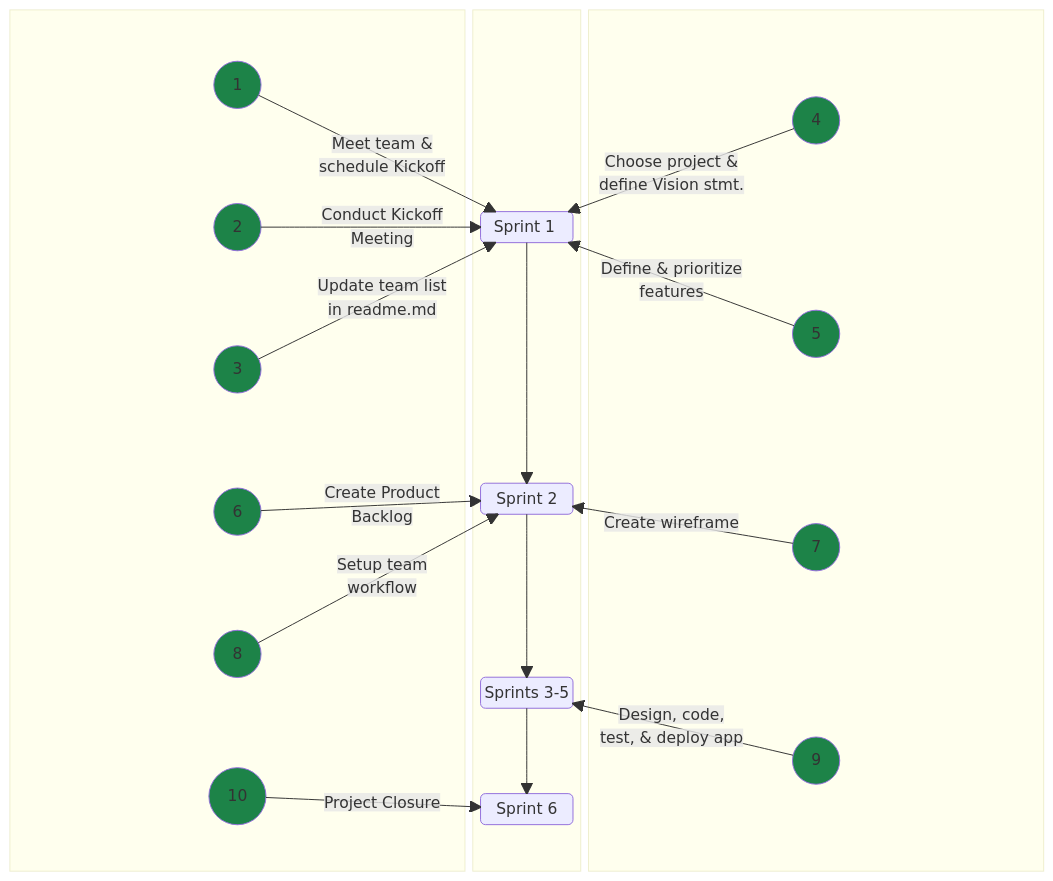
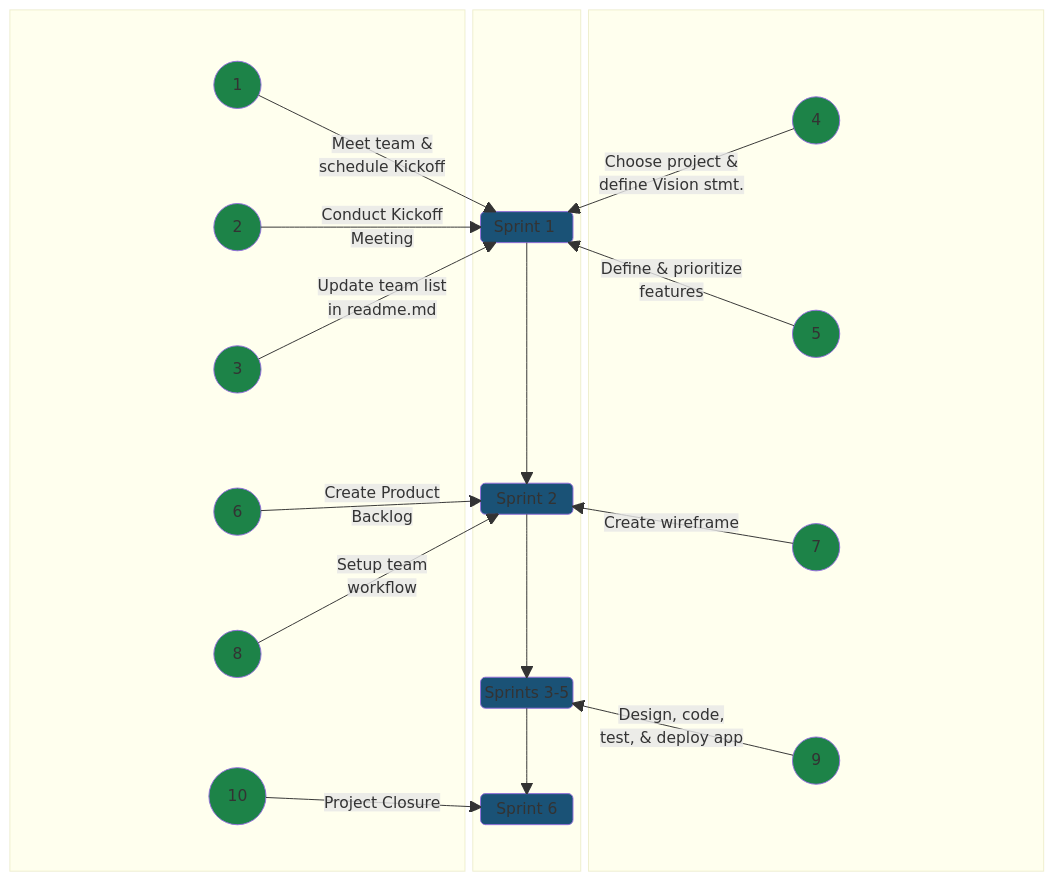
One commit to jdmedlock/mermaid_testing changed the diagram in README.md. Above: the diagram before and after it, drawn with Mermaid.

Commit message:
Feature: Recreate linear sprint diagram

````diff
--- a/README.md
+++ b/README.md
@@ -4,74 +4,77 @@
 ```mermaid
   block-beta
     columns 9
     block:LEFT:4
       columns 1
       A1(("&nbsp;&nbsp; 1 &nbsp;&nbsp;"))
       A2(("&nbsp;&nbsp; 2 &nbsp;&nbsp;"))
       A3(("&nbsp;&nbsp; 3 &nbsp;&nbsp;"))
       A6(("&nbsp;&nbsp; 6 &nbsp;&nbsp;"))
       A8(("&nbsp;&nbsp; 8 &nbsp;&nbsp;"))
       A10(("&nbsp;&nbsp; 10 &nbsp;&nbsp;"))
     end
     
     block:CENTER:1
       columns 1
       space
       space
       space
       space
       space
       SPRINT1("Sprint 1&nbsp;")
       space
       space
       space
       space
       space
       space
       SPRINT2("Sprint 2")
       space
       space
       space
       space
       SPRINT35("Sprints 3-5")
       space
       space
       SPRINT6("Sprint 6")
       space
     end
     
     block:RIGHT:4
       columns 1
       A4(("&nbsp;&nbsp; 4 &nbsp;&nbsp;"))
       A5(("&nbsp;&nbsp; 5 &nbsp;&nbsp;"))
       A7(("&nbsp;&nbsp; 7 &nbsp;&nbsp;"))
       A9(("&nbsp;&nbsp; 9 &nbsp;&nbsp;"))
     end
 
     SPRINT1 --> SPRINT2
     SPRINT2 --> SPRINT35
     SPRINT35 --> SPRINT6
 
     A1 -- "Meet team &</br>schedule Kickoff" --> SPRINT1
     A2 -- "Conduct Kickoff</br>Meeting" --> SPRINT1
     A3 -- "Update team list</br>in readme.md" --> SPRINT1
     A4 -- "Choose project &</br>define Vision stmt." --> SPRINT1
     A5 -- "Define & prioritize</br>features" --> SPRINT1
     A6 -- "Create Product</br>Backlog" --> SPRINT2
     A7 -- "Create wireframe" --> SPRINT2
     A8 -- "Setup team</br>workflow" --> SPRINT2
     A9 -- "Design, code,</br>test, & deploy app" --> SPRINT35
     A10 -- "Project Closure" --> SPRINT6
 
     style A1 fill:#1d8348
     style A2 fill:#1d8348
     style A3 fill:#1d8348
     style A4 fill:#1d8348
     style A5 fill:#1d8348
     style A6 fill:#1d8348
     style A7 fill:#1d8348
     style A8 fill:#1d8348
     style A9 fill:#1d8348
     style A10 fill:#1d8348
-
+    style SPRINT1 fill:#1a5276
+    style SPRINT2 fill:#1a5276
+    style SPRINT35 fill:#1a5276
+    style SPRINT6 fill:#1a5276
 ```
````
